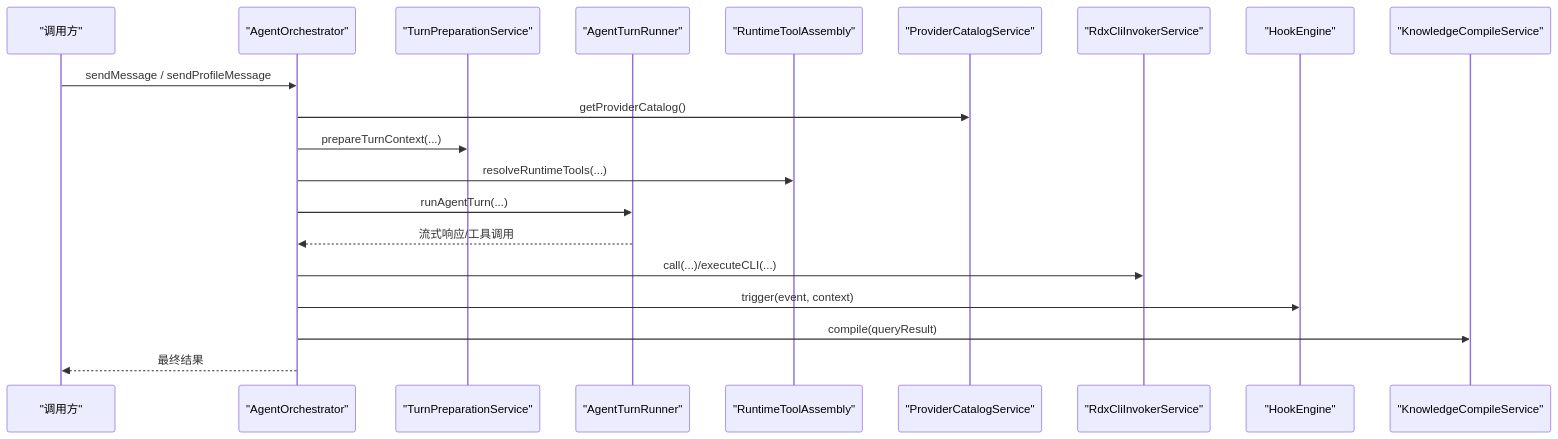
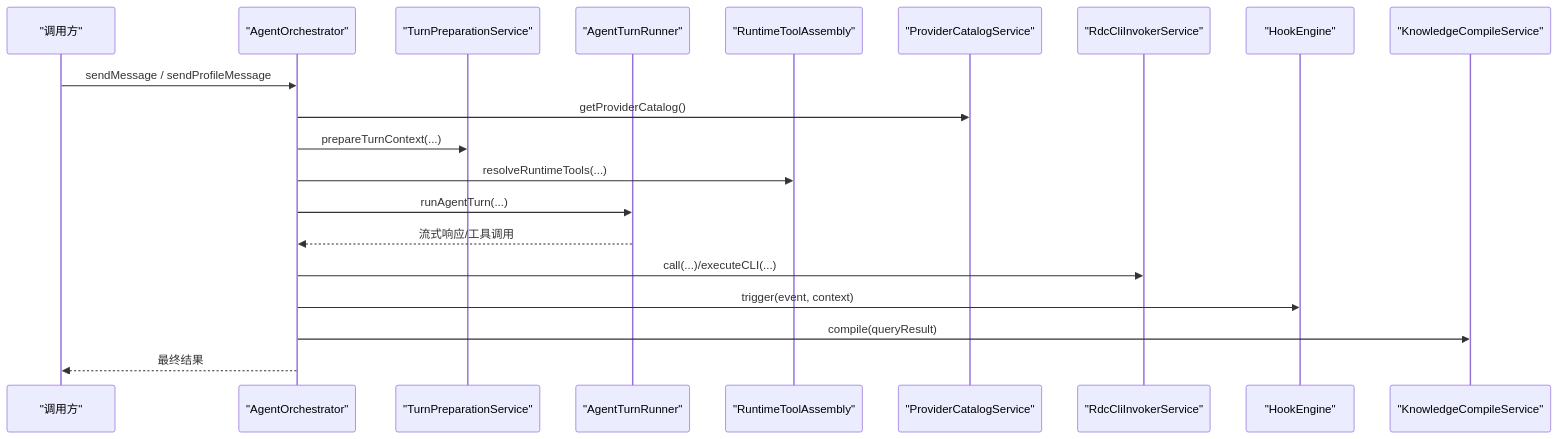
The second of 8 diagrams in .qoder/repowiki/zh/content/架构设计/核心组件设计/核心组件设计.md (haolange/RDC-Agent), drawn with Mermaid before and after one commit. The commit also changed other lines of this file and 557 other files, not shown here.

````diff
--- a/.qoder/repowiki/zh/content/架构设计/核心组件设计/核心组件设计.md
+++ b/.qoder/repowiki/zh/content/架构设计/核心组件设计/核心组件设计.md
@@ -92,22 +92,22 @@
 ```mermaid
 sequenceDiagram
 participant U as "调用方"
 participant AO as "AgentOrchestrator"
 participant TP as "TurnPreparationService"
 participant TR as "AgentTurnRunner"
 participant TA as "RuntimeToolAssembly"
 participant PC as "ProviderCatalogService"
-participant RC as "RdxCliInvokerService"
+participant RC as "RdcCliInvokerService"
 participant HE as "HookEngine"
 participant KC as "KnowledgeCompileService"
 U->>AO : sendMessage / sendProfileMessage
 AO->>PC : getProviderCatalog()
 AO->>TP : prepareTurnContext(...)
 AO->>TA : resolveRuntimeTools(...)
 AO->>TR : runAgentTurn(...)
 TR-->>AO : 流式响应/工具调用
 AO->>RC : call(...)/executeCLI(...)
 AO->>HE : trigger(event, context)
 AO->>KC : compile(queryResult)
 AO-->>U : 最终结果
 ```
````
